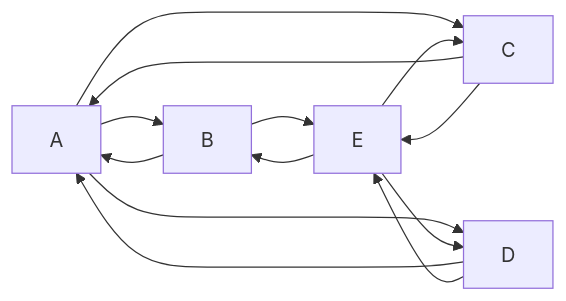
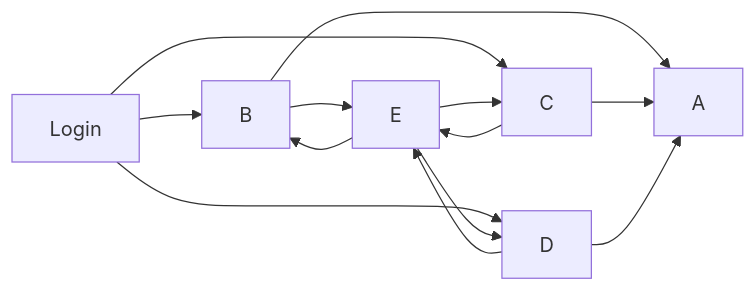
Before and after one commit to sramire3000/documentacion: the diagram in git/command.md, drawn with Mermaid.

````diff
--- a/git/command.md
+++ b/git/command.md
@@ -263,9 +263,9 @@
 ```mermaid
 graph LR;
-    A--> B & C & D
+    Login--> B & C & D
     B--> A & E
     C--> A & E
     D--> A & E
     E--> B & C & D
 
 ```
````
